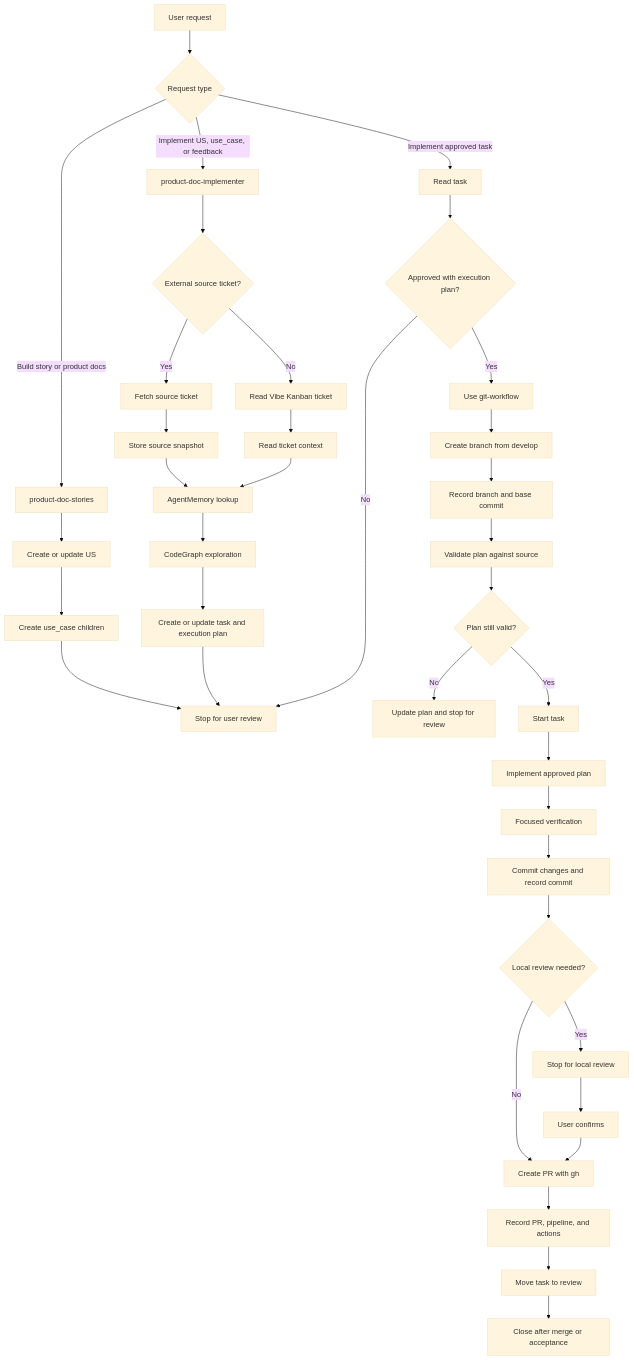
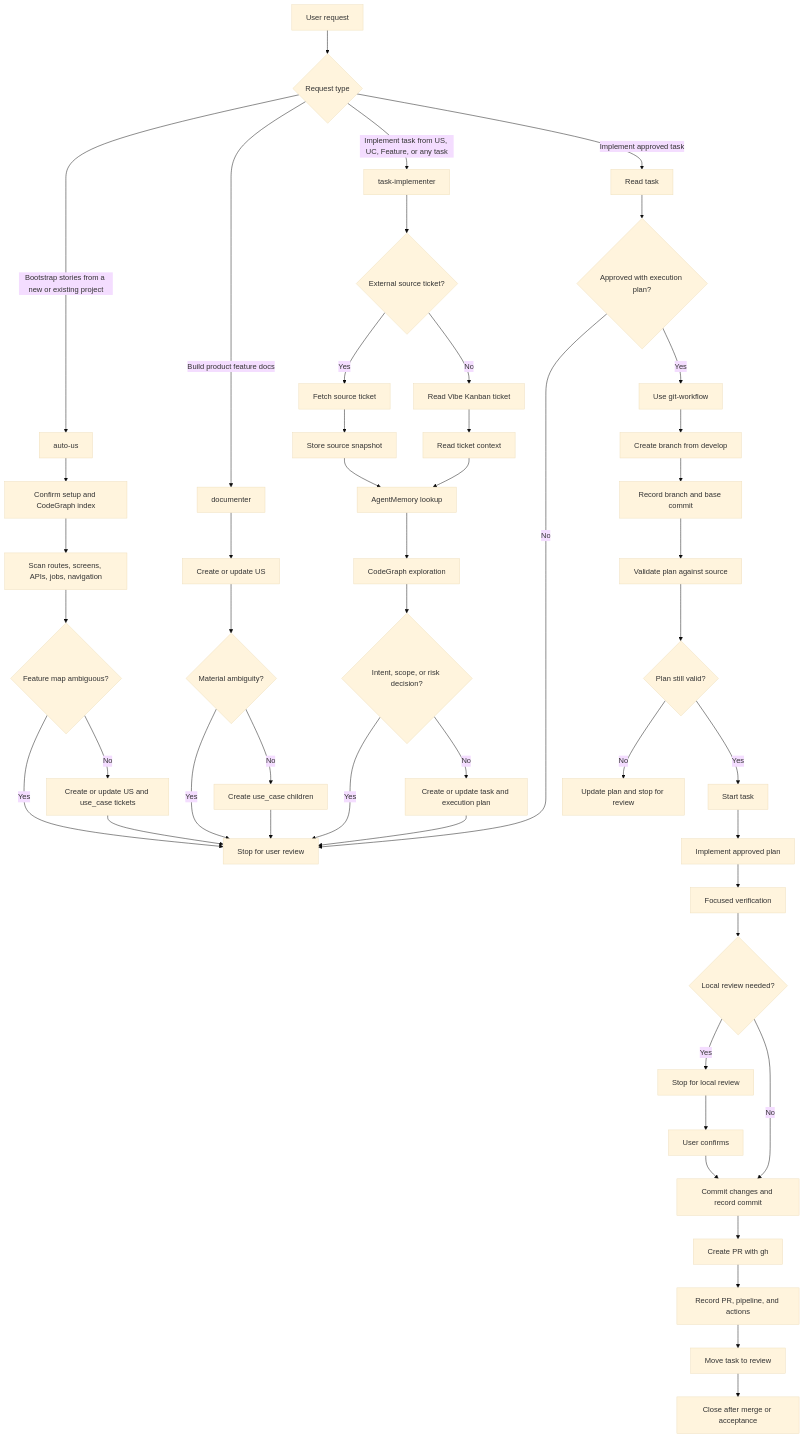
Before and after one commit to duongtrungnguyenrc/agent-workspace: the diagram in README.md, drawn with Mermaid (base theme). The commit also changed other lines of this file and 32 other files, not shown here.

````diff
--- a/README.md
+++ b/README.md
@@ -75,43 +84,55 @@
 ```mermaid
 flowchart TD
     A[User request] --> B{Request type}
 
-    B -->|Build story or product docs| C[product-doc-stories]
+    B -->|Bootstrap stories from a new or existing project| AU[auto-us]
+    AU --> AU1[Confirm setup and CodeGraph index]
+    AU1 --> AU2[Scan routes, screens, APIs, jobs, navigation]
+    AU2 --> AUQ{Feature map ambiguous?}
+    AUQ -->|Yes| F[Stop for user review]
+    AUQ -->|No| AU3[Create or update US and use_case tickets]
+    AU3 --> F
+
+    B -->|Build product feature docs| C[documenter]
     C --> D[Create or update US]
-    D --> E[Create use_case children]
-    E --> F[Stop for user review]
+    D --> DQ{Material ambiguity?}
+    DQ -->|Yes| F
+    DQ -->|No| E[Create use_case children]
+    E --> F
 
-    B -->|Implement US, use_case, or feedback| G[product-doc-implementer]
+    B -->|Implement task from US, UC, Feature, or any task | G[task-implementer]
     G --> H{External source ticket?}
     H -->|Yes| I[Fetch source ticket]
     H -->|No| J[Read Vibe Kanban ticket]
     I --> K[Store source snapshot]
     J --> L[Read ticket context]
     K --> M[AgentMemory lookup]
     L --> M
     M --> N[CodeGraph exploration]
-    N --> O[Create or update task and execution plan]
+    N --> NQ{Intent, scope, or risk decision?}
+    NQ -->|Yes| F
+    NQ -->|No| O[Create or update task and execution plan]
     O --> F
 
     B -->|Implement approved task| P[Read task]
     P --> Q{Approved with execution plan?}
     Q -->|No| F
     Q -->|Yes| R[Use git-workflow]
     R --> S[Create branch from develop]
     S --> T[Record branch and base commit]
     T --> U[Validate plan against source]
     U --> V{Plan still valid?}
     V -->|No| W[Update plan and stop for review]
     V -->|Yes| X[Start task]
     X --> Y[Implement approved plan]
-    Y --> Z[Focused verification]
-    Z --> AA[Commit changes and record commit]
+    Y --> AA[Focused verification]
     AA --> AB{Local review needed?}
     AB -->|Yes| AC[Stop for local review]
     AC --> AD[User confirms]
-    AB -->|No| AE[Create PR with gh]
+    AB -->|No| AE[Commit changes and record commit]
     AD --> AE
-    AE --> AF[Record PR, pipeline, and actions]
-    AF --> AG[Move task to review]
-    AG --> AH[Close after merge or acceptance]
+    AE --> AF[Create PR with gh]
+    AF --> AG[Record PR, pipeline, and actions]
+    AG --> AH[Move task to review]
+    AH --> AJ[Close after merge or acceptance]
 ```
````
